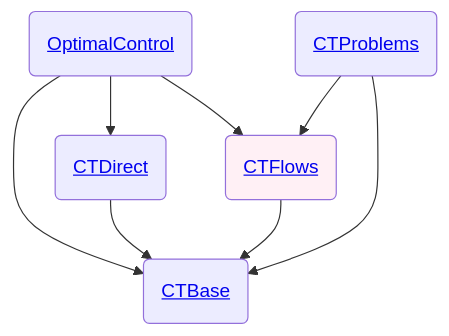
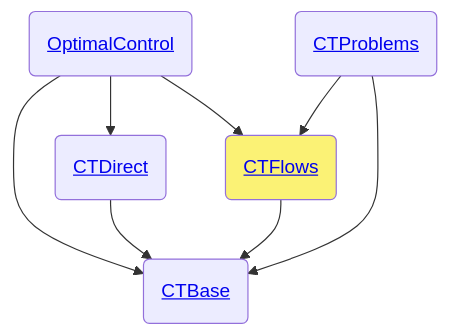
The diagram in docs/src/index.md (control-toolbox/CTFlows.jl), drawn with Mermaid before and after one commit.

````diff
--- a/docs/src/index.md
+++ b/docs/src/index.md
@@ -9,11 +9,11 @@
 ```mermaid
 flowchart TD
 O(<a href='https://control-toolbox.org/docs/optimalcontrol/stable/'>OptimalControl</a>) --> B(<a href='https://control-toolbox.org/docs/ctbase/stable/'>CTBase</a>)
 O --> D(<a href='https://control-toolbox.org/docs/ctdirect/stable/'>CTDirect</a>)
 O --> F(<a href='https://control-toolbox.org/docs/ctflows/stable/'>CTFlows</a>)
 P(<a href='https://control-toolbox.org/docs/ctproblems/stable/'>CTProblems</a>) --> F
 P --> B
 F --> B
 D --> B
-style F fill:#FFF0F5
+style F fill:#FBF275
 ```
````
